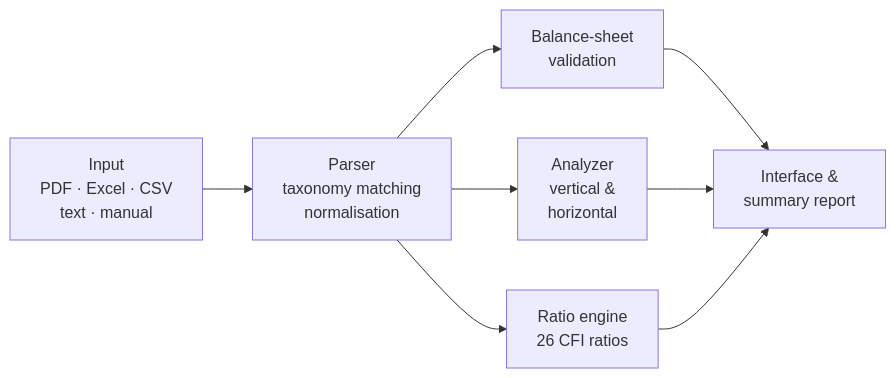
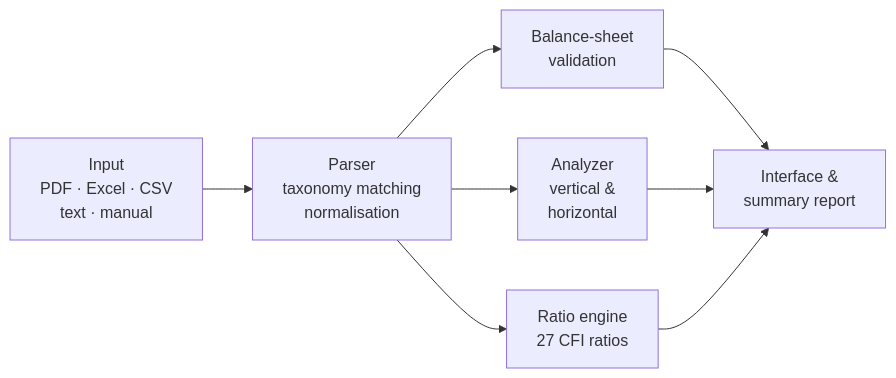
Before and after one commit to jacobconradquendangan-portfolio/Numera: the diagram in README.md, drawn with Mermaid. The commit also changed other lines of this file and 9 other files, not shown here.

Commit message:
Add financial leverage (equity multiplier) CFI ratio and wire it into DuPont

````diff
--- a/README.md
+++ b/README.md
@@ -86,10 +86,10 @@
 ```mermaid
 flowchart LR
   A["Input<br/>PDF · Excel · CSV<br/>text · manual"] --> B["Parser<br/>taxonomy matching<br/>normalisation"]
   B --> C["Balance-sheet<br/>validation"]
   B --> D["Analyzer<br/>vertical &<br/>horizontal"]
-  B --> E["Ratio engine<br/>26 CFI ratios"]
+  B --> E["Ratio engine<br/>27 CFI ratios"]
   C --> F["Interface &<br/>summary report"]
   D --> F
   E --> F
 ```
````
